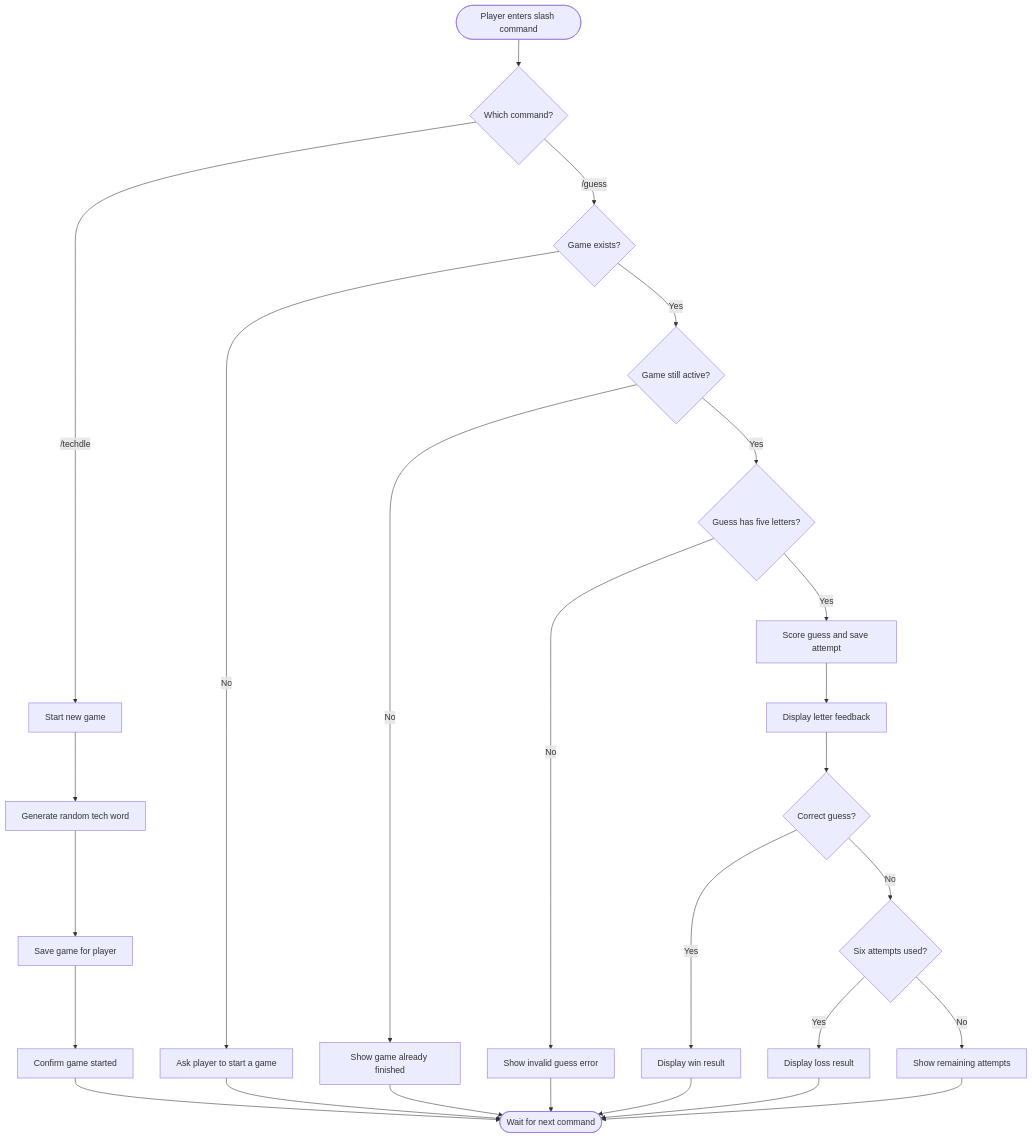
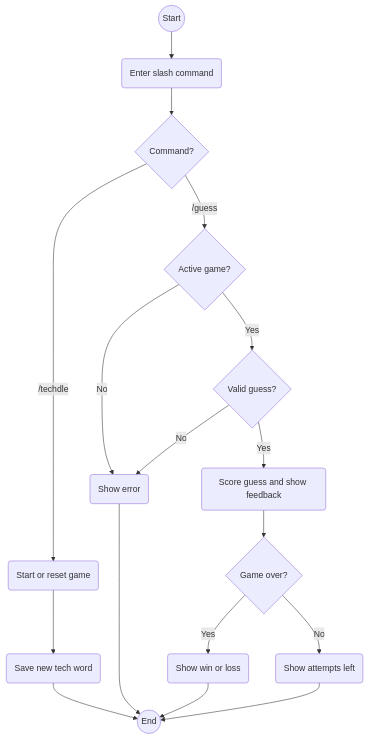
The diagram in ARCHITECTURE.md (AbhiTarigoppula/TechdleBot), drawn with Mermaid before and after one commit. The commit also changed other lines of this file, not shown here.

````diff
--- a/ARCHITECTURE.md
+++ b/ARCHITECTURE.md
@@ -25,41 +6,24 @@
 ```mermaid
 flowchart TD
-    A([Player enters slash command])
-    B{Which command?}
+    A((Start)) --> B(Enter slash command)
+    B --> C{Command?}
 
-    C[Start new game]
-    D[Generate random tech word]
-    E[Save game for player]
-    F[Confirm game started]
+    C -->|/techdle| D(Start or reset game)
+    D --> E(Save new tech word)
+    E --> Z((End))
 
-    G{Game exists?}
-    H[Ask player to start a game]
-    I{Game still active?}
-    J[Show game already finished]
-    K{Guess has five letters?}
-    L[Show invalid guess error]
-    M[Score guess and save attempt]
-    N[Display letter feedback]
-    O{Correct guess?}
-    P[Display win result]
-    Q{Six attempts used?}
-    R[Display loss result]
-    S[Show remaining attempts]
-    T([Wait for next command])
+    C -->|/guess| F{Active game?}
+    F -->|No| G(Show error)
+    G --> Z
 
-    A --> B
-    B -->|/techdle| C
-    C --> D --> E --> F --> T
+    F -->|Yes| H{Valid guess?}
+    H -->|No| G
+    H -->|Yes| I(Score guess and show feedback)
 
-    B -->|/guess| G
-    G -->|No| H --> T
-    G -->|Yes| I
-    I -->|No| J --> T
-    I -->|Yes| K
-    K -->|No| L --> T
-    K -->|Yes| M --> N --> O
-    O -->|Yes| P --> T
-    O -->|No| Q
-    Q -->|Yes| R --> T
-    Q -->|No| S --> T
+    I --> J{Game over?}
+    J -->|Yes| K(Show win or loss)
+    J -->|No| L(Show attempts left)
+
+    K --> Z
+    L --> Z
 ```
````
